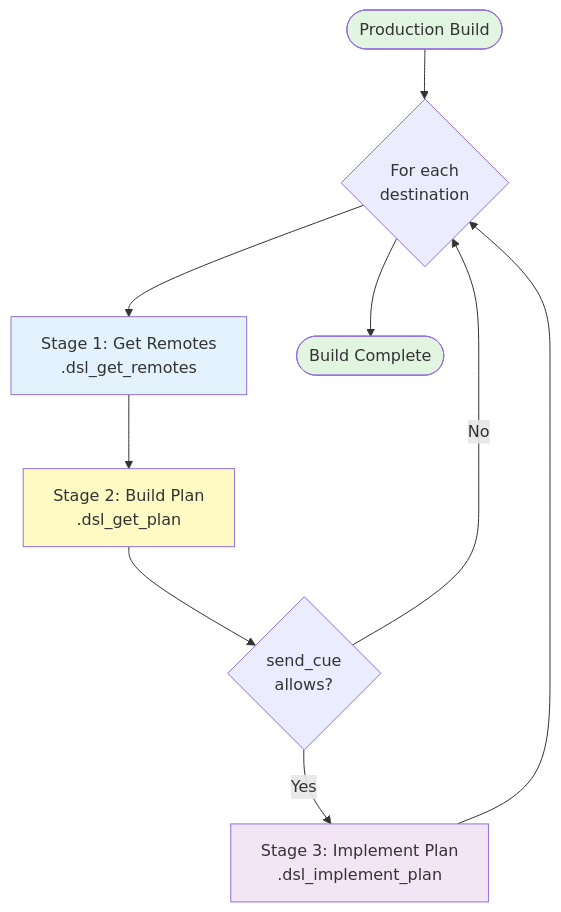
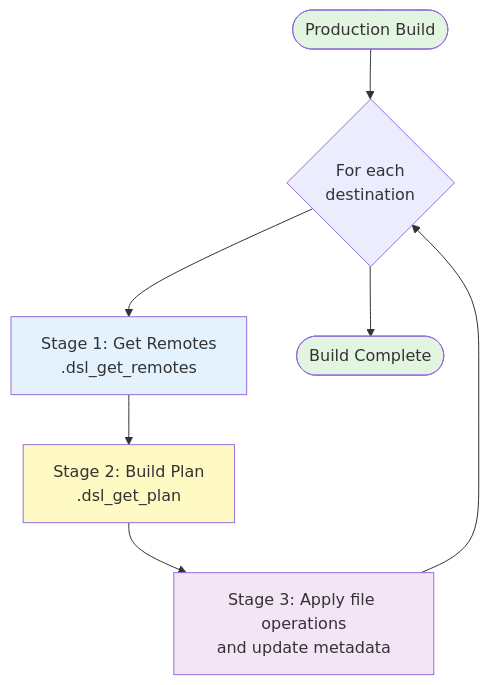
One commit to SATVILab/projr changed the fourth of 4 diagrams in vignettes/dest-send-workflow.Rmd. Above: the diagram before and after it, drawn with Mermaid. The commit also changed other lines of this file and 14 other files, not shown here.

````diff
--- a/vignettes/dest-send-workflow.Rmd
+++ b/vignettes/dest-send-workflow.Rmd
@@ -241,21 +241,19 @@
 ```mermaid
 flowchart TD
     Start([Production Build]) --> Loop{For each<br/>destination}
     
     Loop --> Stage1[Stage 1: Get Remotes<br/>.dsl_get_remotes]
     
     Stage1 --> Stage2[Stage 2: Build Plan<br/>.dsl_get_plan]
     
-    Stage2 --> CheckCue{send_cue<br/>allows?}
-    CheckCue -->|No| Loop
-    CheckCue -->|Yes| Stage3[Stage 3: Implement Plan<br/>.dsl_implement_plan]
+    Stage2 --> Stage3[Stage 3: Apply file operations<br/>and update metadata]
     
     Stage3 --> Loop
     Loop --> End([Build Complete])
     
     style Start fill:#e1f5e1
     style End fill:#e1f5e1
     style Stage1 fill:#e3f2fd
     style Stage2 fill:#fff9c4
     style Stage3 fill:#f3e5f5
 ```
````
